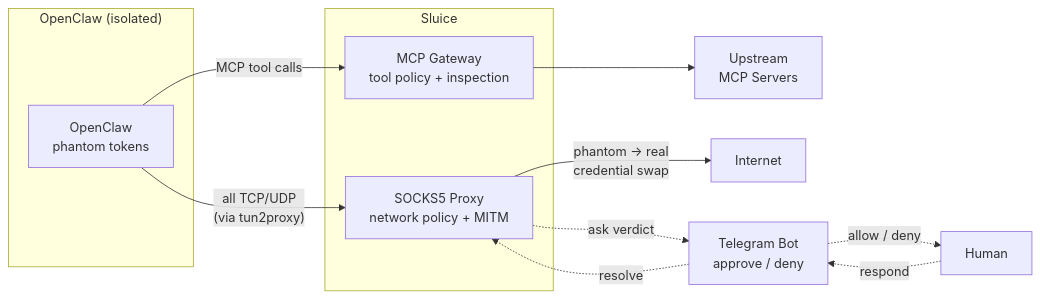
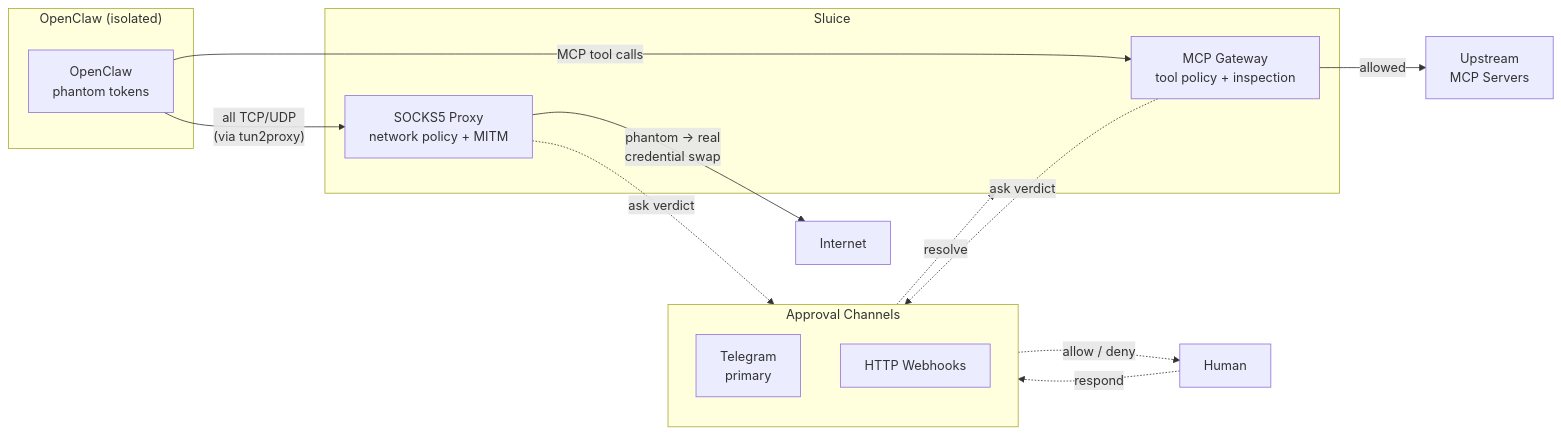
One commit to nnemirovsky/sluice changed the diagram in README.md. Above: the diagram before and after it, drawn with Mermaid. The commit also changed other lines of this file and 3 other files, not shown here.

Commit message:
fix(ci): enable CGO for all builds, fix diagram and approval channels docs

````diff
--- a/README.md
+++ b/README.md
@@ -18,25 +18,30 @@
 ```mermaid
 flowchart LR
     subgraph Isolated["OpenClaw (isolated)"]
         OC[OpenClaw<br/>phantom tokens]
     end
 
     subgraph Sluice
         GW[MCP Gateway<br/>tool policy + inspection]
         PX[SOCKS5 Proxy<br/>network policy + MITM]
     end
 
-    TG[Telegram Bot<br/>approve / deny]
+    subgraph Approval["Approval Channels"]
+        TG[Telegram<br/>primary]
+        WH[HTTP Webhooks]
+    end
+
     HM[Human]
     UP[Upstream<br/>MCP Servers]
     IN[Internet]
 
     OC -- "MCP tool calls" --> GW
     OC -- "all TCP/UDP<br/>(via tun2proxy)" --> PX
-    GW --> UP
+    GW -- "allowed" --> UP
+    GW -. "ask verdict" .-> Approval
     PX -- "phantom -> real<br/>credential swap" --> IN
-    PX -. "ask verdict" .-> TG
-    TG -. "allow / deny" .-> HM
-    HM -. "respond" .-> TG
-    TG -. "resolve" .-> PX
+    PX -. "ask verdict" .-> Approval
+    Approval -. "allow / deny" .-> HM
+    HM -. "respond" .-> Approval
+    Approval -. "resolve" .-> Sluice
 ```
````
